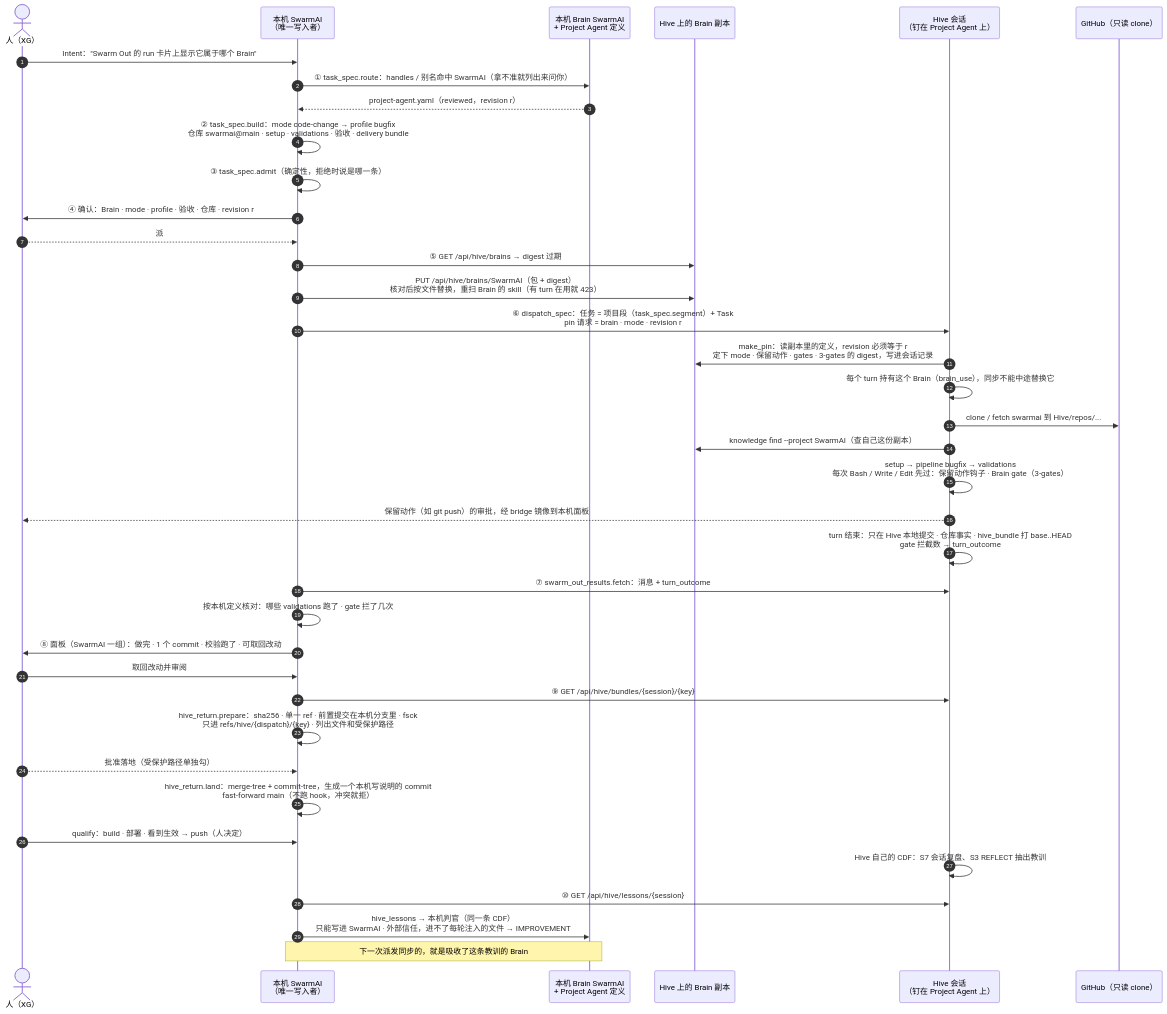
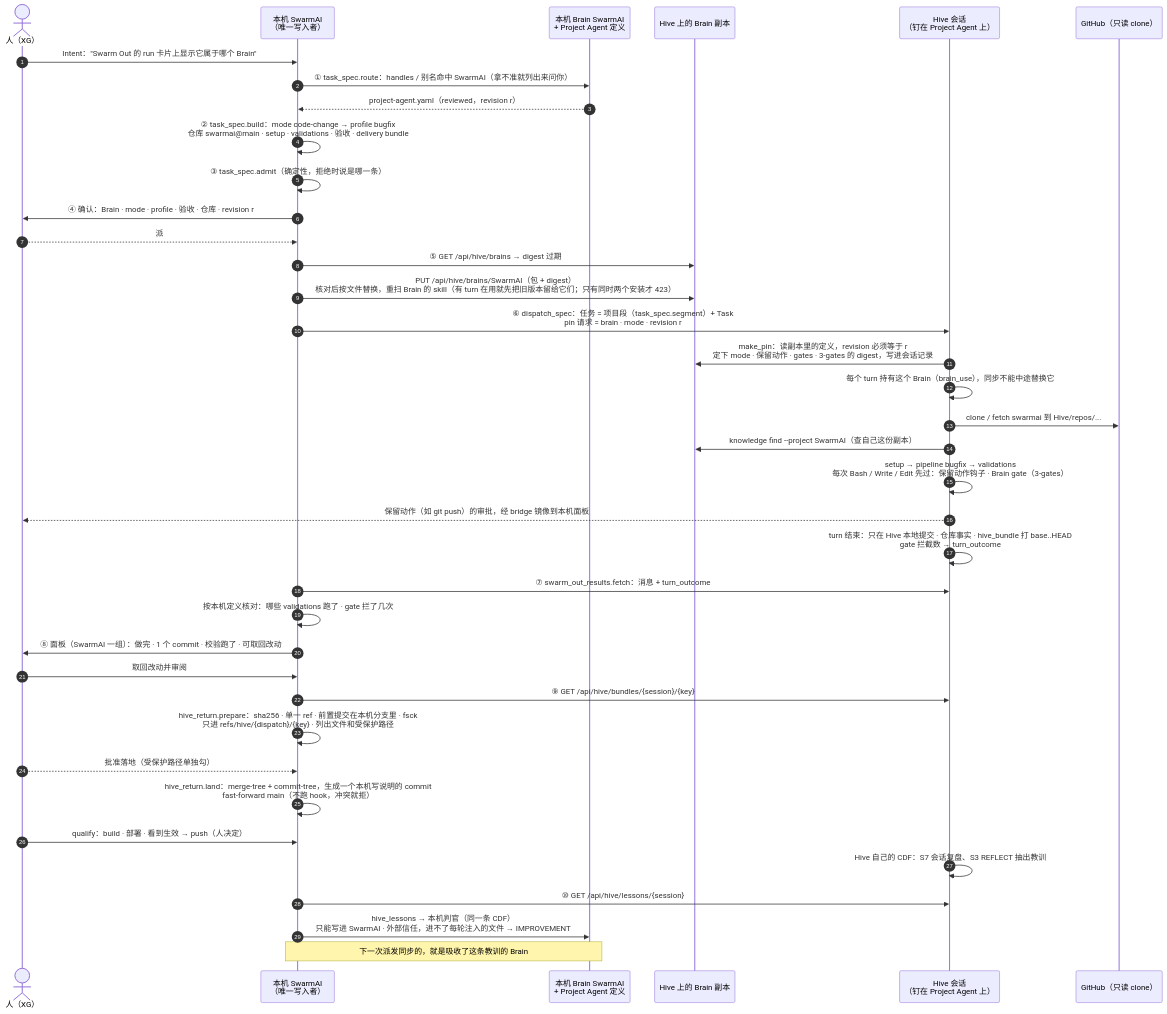
Before and after one commit to xg-gh-25/SwarmAI: the second of 2 diagrams in docs/design/2026-10-28-project-agent-flow.md, drawn with Mermaid. The commit also changed other lines of this file and 16 other files, not shown here.

First line of the commit message:
hive: Hive 按版本安装 Brain（并发派单）

````diff
--- a/docs/design/2026-10-28-project-agent-flow.md
+++ b/docs/design/2026-10-28-project-agent-flow.md
@@ -697,41 +701,41 @@
 ```mermaid
 sequenceDiagram
     autonumber
     actor XG as 人（XG）
     participant H as 本机 SwarmAI<br/>（唯一写入者）
     participant PA as 本机 Brain SwarmAI<br/>+ Project Agent 定义
     participant HB as Hive 上的 Brain 副本
     participant HV as Hive 会话<br/>（钉在 Project Agent 上）
     participant G as GitHub（只读 clone）
 
     XG->>H: Intent："Swarm Out 的 run 卡片上显示它属于哪个 Brain"
     H->>PA: ① task_spec.route：handles / 别名命中 SwarmAI（拿不准就列出来问你）
     PA-->>H: project-agent.yaml（reviewed，revision r）
     H->>H: ② task_spec.build：mode code-change → profile bugfix<br/>仓库 swarmai@main · setup · validations · 验收 · delivery bundle
     H->>H: ③ task_spec.admit（确定性，拒绝时说是哪一条）
     H->>XG: ④ 确认：Brain · mode · profile · 验收 · 仓库 · revision r
     XG-->>H: 派
     H->>HB: ⑤ GET /api/hive/brains → digest 过期
-    H->>HB: PUT /api/hive/brains/SwarmAI（包 + digest）<br/>核对后按文件替换，重扫 Brain 的 skill（有 turn 在用就 423）
+    H->>HB: PUT /api/hive/brains/SwarmAI（包 + digest）<br/>核对后按文件替换，重扫 Brain 的 skill（有 turn 在用就先把旧版本留给它们；只有同时两个安装才 423）
     H->>HV: ⑥ dispatch_spec：任务 = 项目段（task_spec.segment）+ Task<br/>pin 请求 = brain · mode · revision r
     HV->>HB: make_pin：读副本里的定义，revision 必须等于 r<br/>定下 mode · 保留动作 · gates · 3-gates 的 digest，写进会话记录
     HV->>HV: 每个 turn 持有这个 Brain（brain_use），同步不能中途替换它
     HV->>G: clone / fetch swarmai 到 Hive/repos/...
     HV->>HB: knowledge find --project SwarmAI（查自己这份副本）
     HV->>HV: setup → pipeline bugfix → validations<br/>每次 Bash / Write / Edit 先过：保留动作钩子 · Brain gate（3-gates）
     HV-->>XG: 保留动作（如 git push）的审批，经 bridge 镜像到本机面板
     HV->>HV: turn 结束：只在 Hive 本地提交 · 仓库事实 · hive_bundle 打 base..HEAD<br/>gate 拦截数 → turn_outcome
     H->>HV: ⑦ swarm_out_results.fetch：消息 + turn_outcome
     H->>H: 按本机定义核对：哪些 validations 跑了 · gate 拦了几次
     H->>XG: ⑧ 面板（SwarmAI 一组）：做完 · 1 个 commit · 校验跑了 · 可取回改动
     XG->>H: 取回改动并审阅
     H->>HV: ⑨ GET /api/hive/bundles/{session}/{key}
     H->>H: hive_return.prepare：sha256 · 单一 ref · 前置提交在本机分支里 · fsck<br/>只进 refs/hive/{dispatch}/{key} · 列出文件和受保护路径
     XG-->>H: 批准落地（受保护路径单独勾）
     H->>H: hive_return.land：merge-tree + commit-tree，生成一个本机写说明的 commit<br/>fast-forward main（不跑 hook，冲突就拒）
     XG->>H: qualify：build · 部署 · 看到生效 → push（人决定）
     HV->>HV: Hive 自己的 CDF：S7 会话复盘、S3 REFLECT 抽出教训
     H->>HV: ⑩ GET /api/hive/lessons/{session}
     H->>PA: hive_lessons → 本机判官（同一条 CDF）<br/>只能写进 SwarmAI · 外部信任，进不了每轮注入的文件 → IMPROVEMENT
     Note over H,PA: 下一次派发同步的，就是吸收了这条教训的 Brain
 ```
````
